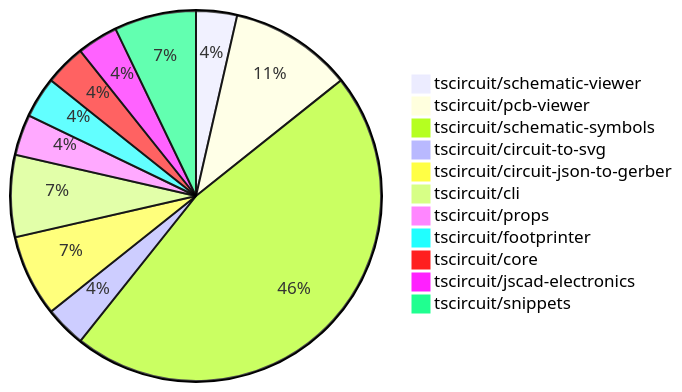
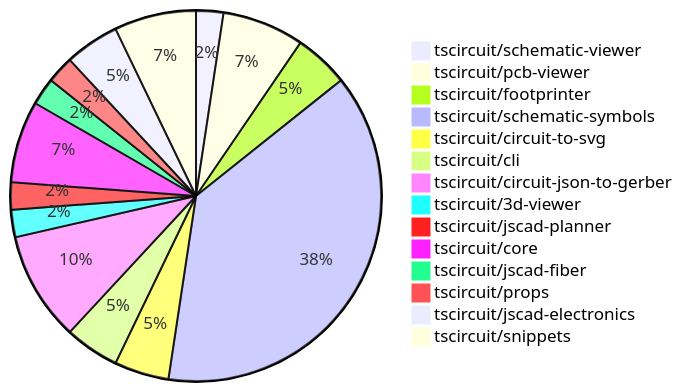
One commit to tscircuit/contribution-tracker changed the diagram in README.md. Above: the diagram before and after it, drawn with Mermaid. The commit also changed other lines of this file and 1 other file, not shown here.

````diff
--- a/README.md
+++ b/README.md
@@ -24,14 +24,17 @@
 ```mermaid
 pie
     "tscircuit/schematic-viewer" : 1
     "tscircuit/pcb-viewer" : 3
-    "tscircuit/schematic-symbols" : 13
-    "tscircuit/circuit-to-svg" : 1
-    "tscircuit/circuit-json-to-gerber" : 2
+    "tscircuit/footprinter" : 2
+    "tscircuit/schematic-symbols" : 16
+    "tscircuit/circuit-to-svg" : 2
     "tscircuit/cli" : 2
+    "tscircuit/circuit-json-to-gerber" : 4
+    "tscircuit/3d-viewer" : 1
+    "tscircuit/jscad-planner" : 1
+    "tscircuit/core" : 3
+    "tscircuit/jscad-fiber" : 1
     "tscircuit/props" : 1
-    "tscircuit/footprinter" : 1
-    "tscircuit/core" : 1
-    "tscircuit/jscad-electronics" : 1
-    "tscircuit/snippets" : 2
+    "tscircuit/jscad-electronics" : 2
+    "tscircuit/snippets" : 3
 ```
````
